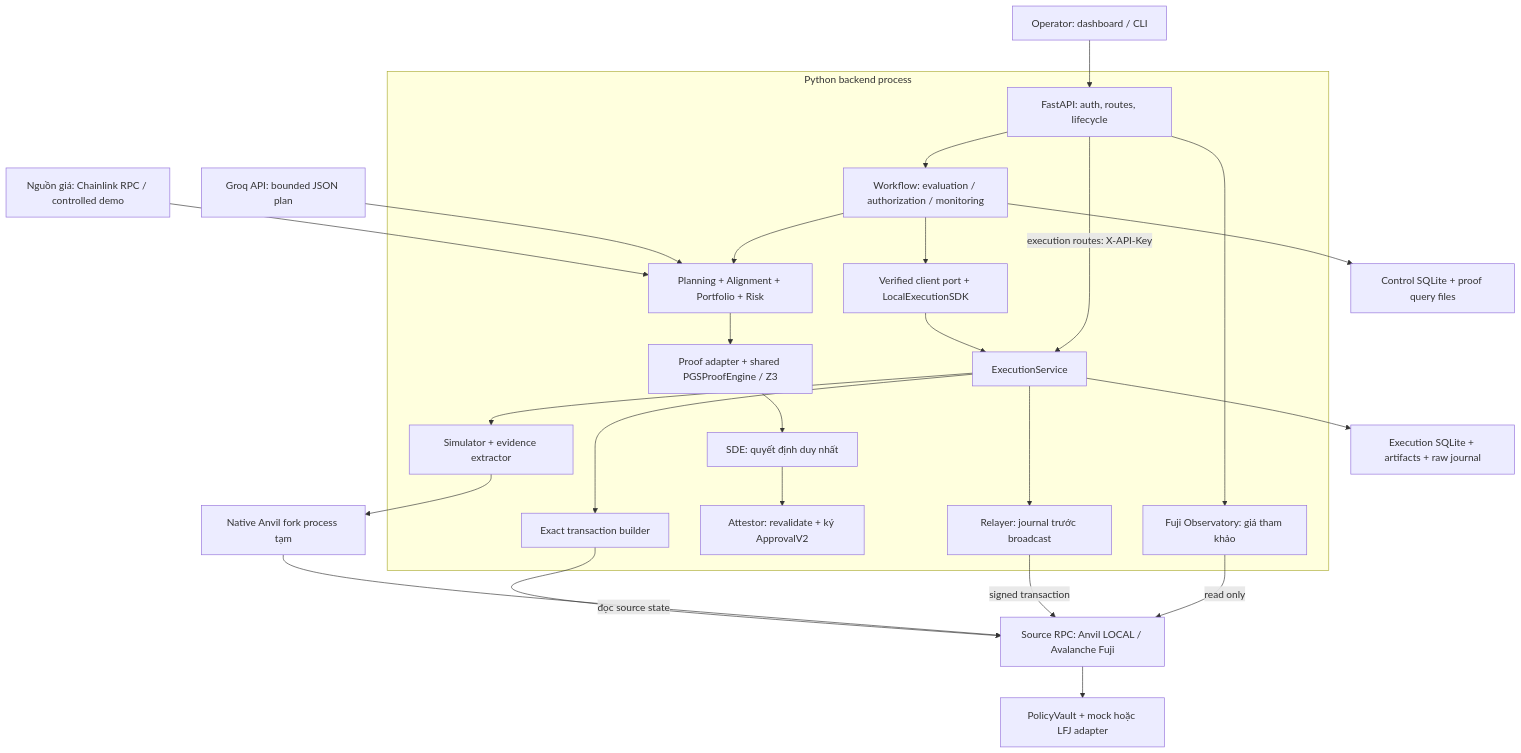
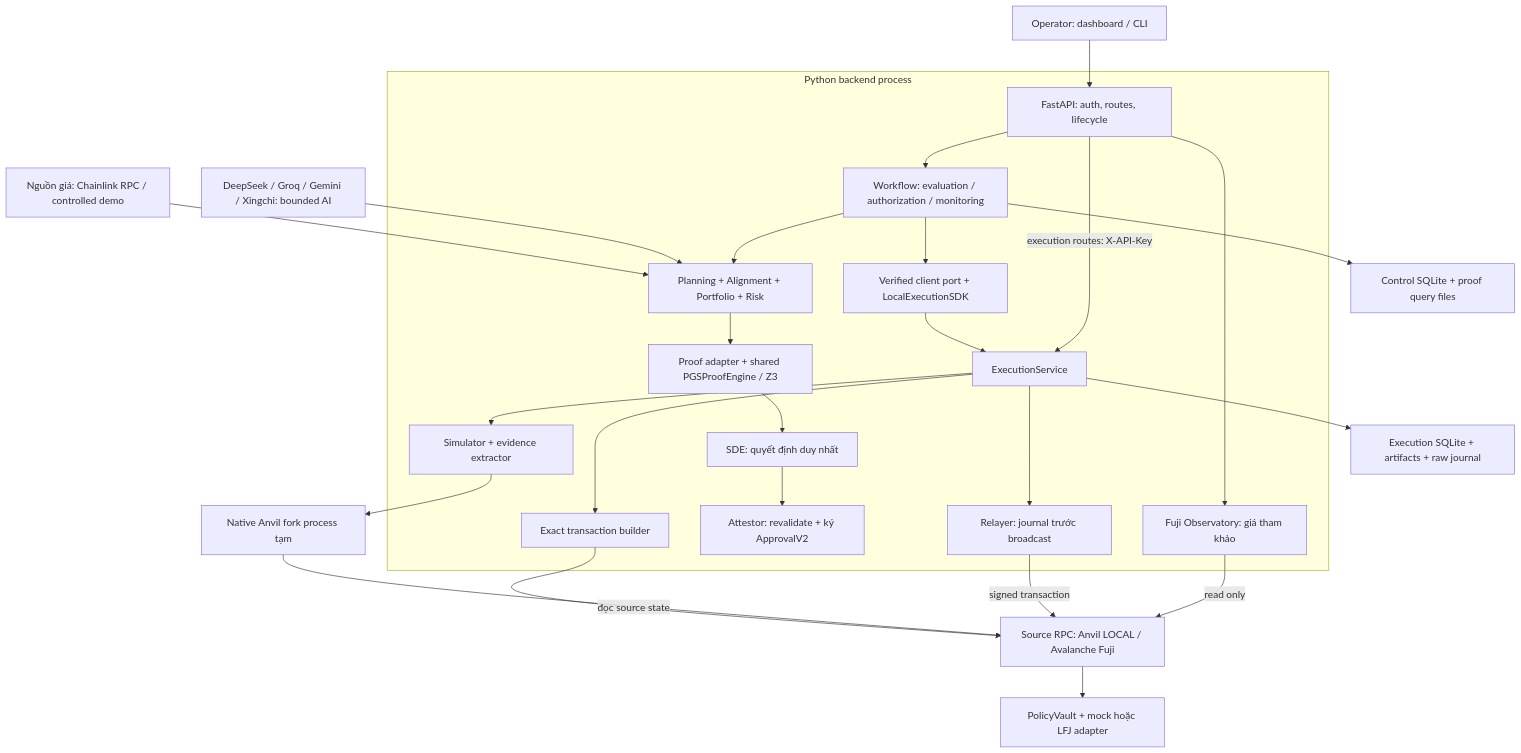
The first of 10 diagrams in docs/AI_Treasury_Security_System_Design_v2.1.md (ursuswh-metamorphic/PaceVant), drawn with Mermaid before and after one commit. The commit also changed other lines of this file and 71 other files, not shown here.

Commit message:
fix: complete live Fuji ITAG flow and prioritize official DeepSeek

````diff
--- a/docs/AI_Treasury_Security_System_Design_v2.1.md
+++ b/docs/AI_Treasury_Security_System_Design_v2.1.md
@@ -55,28 +57,28 @@
 ```mermaid
 flowchart TD
   USER["Operator: dashboard / CLI"] --> API
   PRICE["Nguồn giá: Chainlink RPC / controlled demo"] --> GATES
-  LLM["Groq API: bounded JSON plan"] --> GATES
+  LLM["DeepSeek / Groq / Gemini / Xingchi: bounded AI"] --> GATES
   subgraph BACKEND["Python backend process"]
     API["FastAPI: auth, routes, lifecycle"] --> WF["Workflow: evaluation / authorization / monitoring"]
     API --> OBS["Fuji Observatory: giá tham khảo"]
     WF --> GATES["Planning + Alignment + Portfolio + Risk"]
     GATES --> PROOF["Proof adapter + shared PGSProofEngine / Z3"]
     PROOF --> DEC["SDE: quyết định duy nhất"]
     DEC --> SIGN["Attestor: revalidate + ký ApprovalV2"]
     WF --> PORT["Verified client port + LocalExecutionSDK"]
     PORT --> EXEC["ExecutionService"]
     API -->|"execution routes: X-API-Key"| EXEC
     EXEC --> BUILD["Exact transaction builder"]
     EXEC --> SIM["Simulator + evidence extractor"]
     EXEC --> RELAY["Relayer: journal trước broadcast"]
   end
   WF --> CDB["Control SQLite + proof query files"]
   EXEC --> EDB["Execution SQLite + artifacts + raw journal"]
   SIM --> FORK["Native Anvil fork process tạm"]
   BUILD --> RPC["Source RPC: Anvil LOCAL / Avalanche Fuji"]
   FORK -->|"đọc source state"| RPC
   RELAY -->|"signed transaction"| RPC
   OBS -->|"read only"| RPC
   RPC --> VAULT["PolicyVault + mock hoặc LFJ adapter"]
 ```
````
